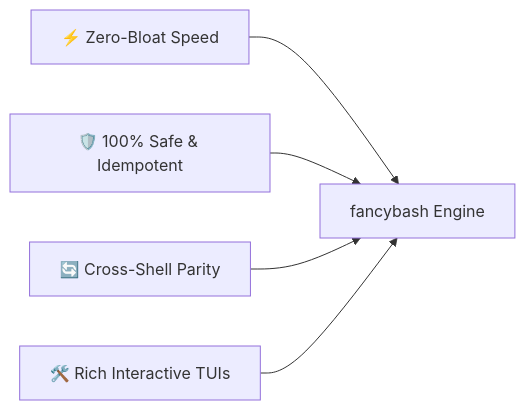
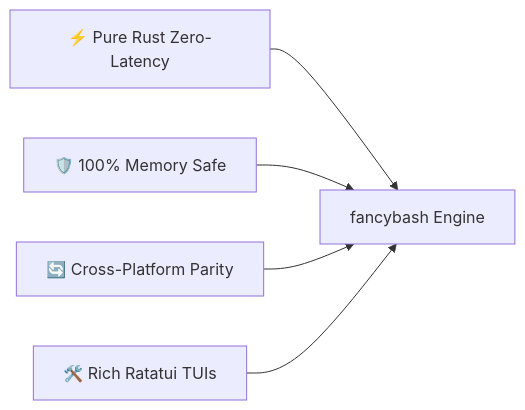
One commit to rihadjahanopu/gladeshell changed the diagram in ROADMAP.md. Above: the diagram before and after it, drawn with Mermaid. The commit also changed other lines of this file and 52 other files, not shown here.

First line of the commit message:
feat: migrate fancybash-rs to Pure Rust architecture v1.1.0

````diff
--- a/ROADMAP.md
+++ b/ROADMAP.md
@@ -37,7 +35,7 @@
 ```mermaid
 flowchart LR
-    A[⚡ Zero-Bloat Speed] --> E[fancybash Engine]
-    B[🛡️ 100% Safe & Idempotent] --> E
-    C[🔄 Cross-Shell Parity] --> E
-    D[🛠️ Rich Interactive TUIs] --> E
+    A[⚡ Pure Rust Zero-Latency] --> E[fancybash Engine]
+    B[🛡️ 100% Memory Safe] --> E
+    C[🔄 Cross-Platform Parity] --> E
+    D[🛠️ Rich Ratatui TUIs] --> E
 ```
````
